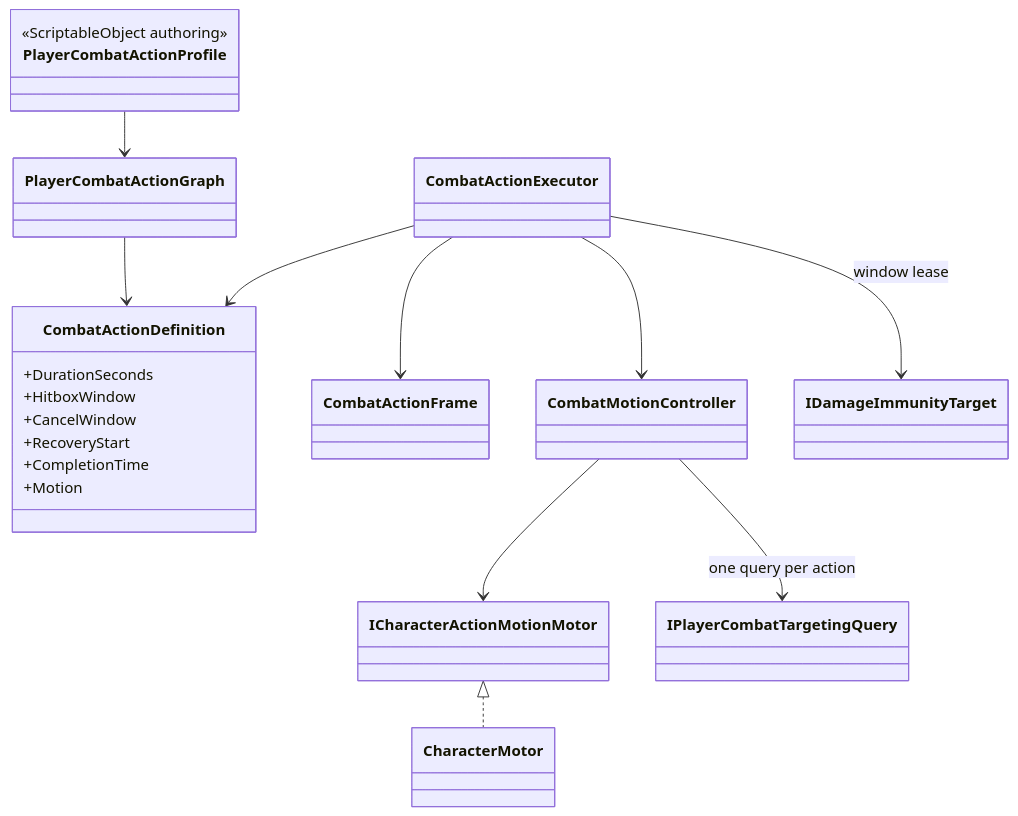
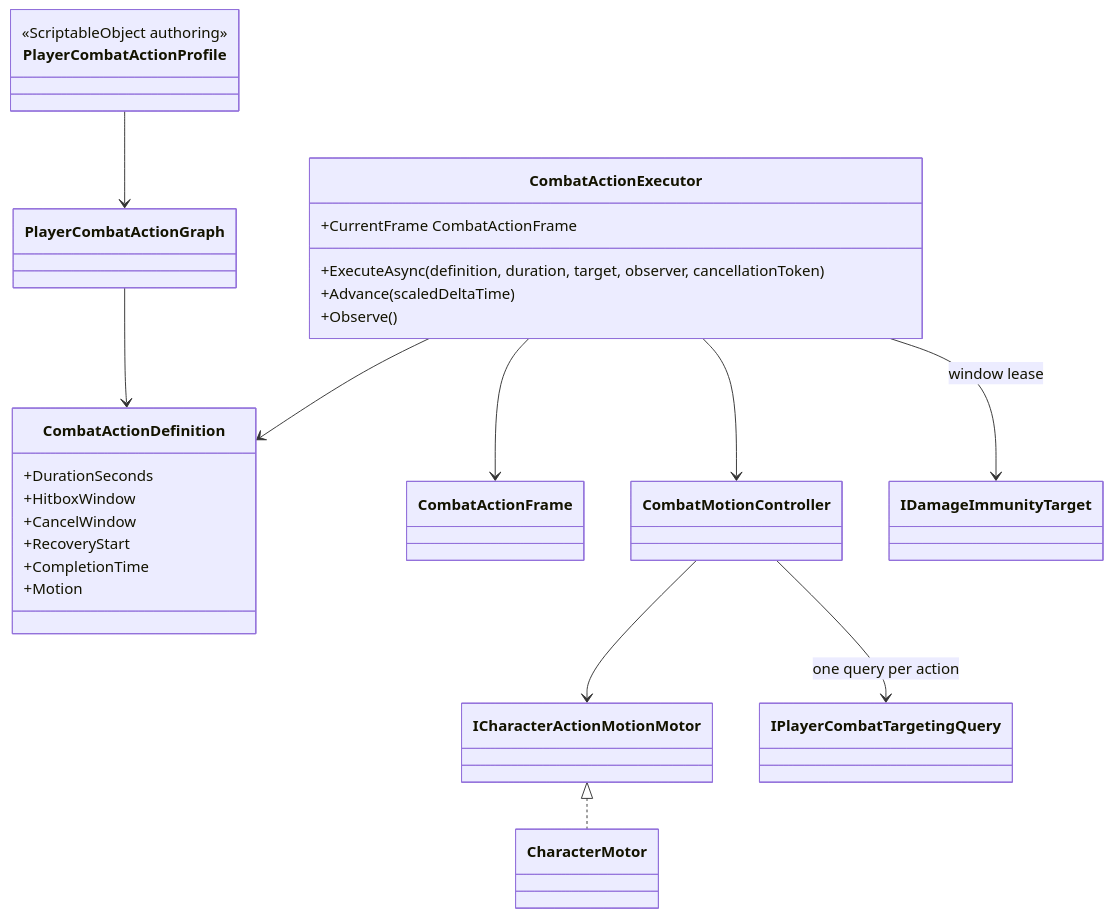
One commit to MaximFonariuc/project-s changed the diagram in Assets/_App/Core/Runtime/Combat/Actions/README.md. Above: the diagram before and after it, drawn with Mermaid. The commit also changed other lines of this file and 10 other files, not shown here.

Commit message:
refactor(combat): drive timeline from gameplay tick

````diff
--- a/Assets/_App/Core/Runtime/Combat/Actions/README.md
+++ b/Assets/_App/Core/Runtime/Combat/Actions/README.md
@@ -5,32 +5,37 @@
 ```mermaid
 classDiagram
     class PlayerCombatActionProfile {
         <<ScriptableObject authoring>>
     }
     class PlayerCombatActionGraph
     class CombatActionDefinition {
         +DurationSeconds
         +HitboxWindow
         +CancelWindow
         +RecoveryStart
         +CompletionTime
         +Motion
     }
-    class CombatActionExecutor
+    class CombatActionExecutor {
+        +ExecuteAsync(definition, duration, target, observer, cancellationToken)
+        +Advance(scaledDeltaTime)
+        +Observe()
+        +CurrentFrame CombatActionFrame
+    }
     class CombatActionFrame
     class CombatMotionController
     class IDamageImmunityTarget
     class ICharacterActionMotionMotor
     class IPlayerCombatTargetingQuery
     class CharacterMotor
 
     PlayerCombatActionProfile --> PlayerCombatActionGraph
     PlayerCombatActionGraph --> CombatActionDefinition
     CombatActionExecutor --> CombatActionDefinition
     CombatActionExecutor --> CombatActionFrame
     CombatActionExecutor --> CombatMotionController
     CombatActionExecutor --> IDamageImmunityTarget : window lease
     CombatMotionController --> ICharacterActionMotionMotor
     CombatMotionController --> IPlayerCombatTargetingQuery : one query per action
     ICharacterActionMotionMotor <|.. CharacterMotor
 ```
````
